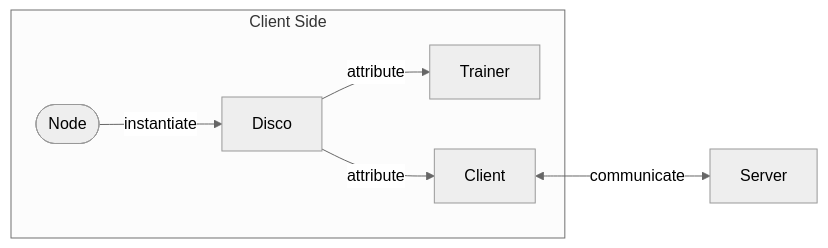
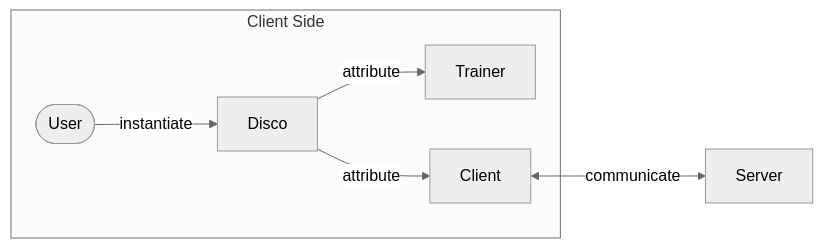
Before and after one commit to epfml/disco: the first of 4 diagrams in docs/DISCOJS.md, drawn with Mermaid (neutral theme). The commit also changed other lines of this file, not shown here.

````diff
--- a/docs/DISCOJS.md
+++ b/docs/DISCOJS.md
@@ -24,10 +24,10 @@
 ```mermaid
 flowchart LR
     subgraph client_side [Client Side]
-    node([Node])-->|instantiate|Disco
-    Disco-->|attribute|Trainer
-    Disco-->|attribute|Client
+        node([User])-->|instantiate|Disco
+        Disco-->|attribute|Trainer
+        Disco-->|attribute|Client
     end
     Client<-->|communicate|Server
 
 ```
````
